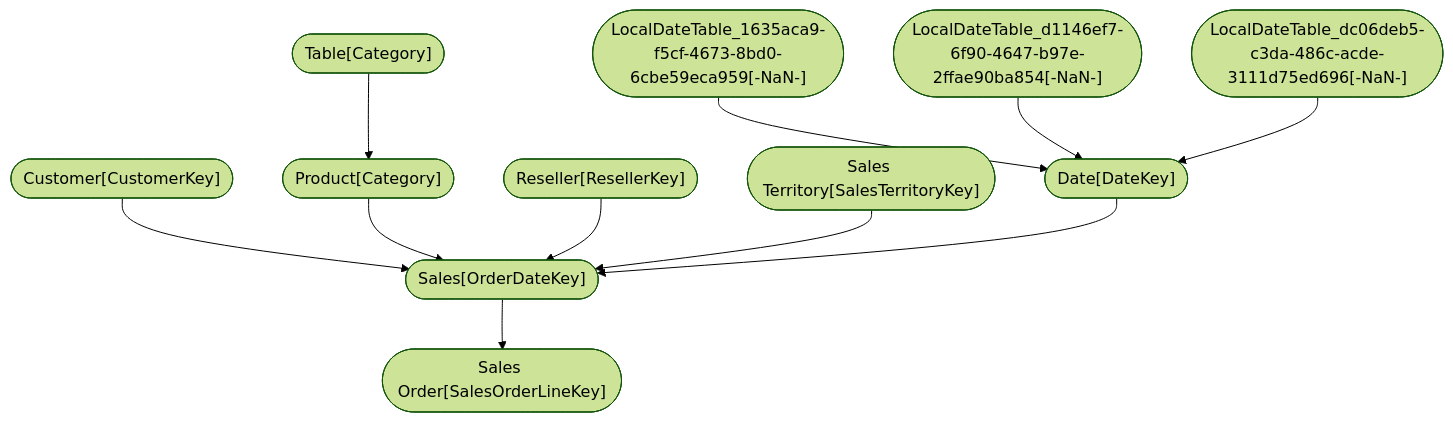
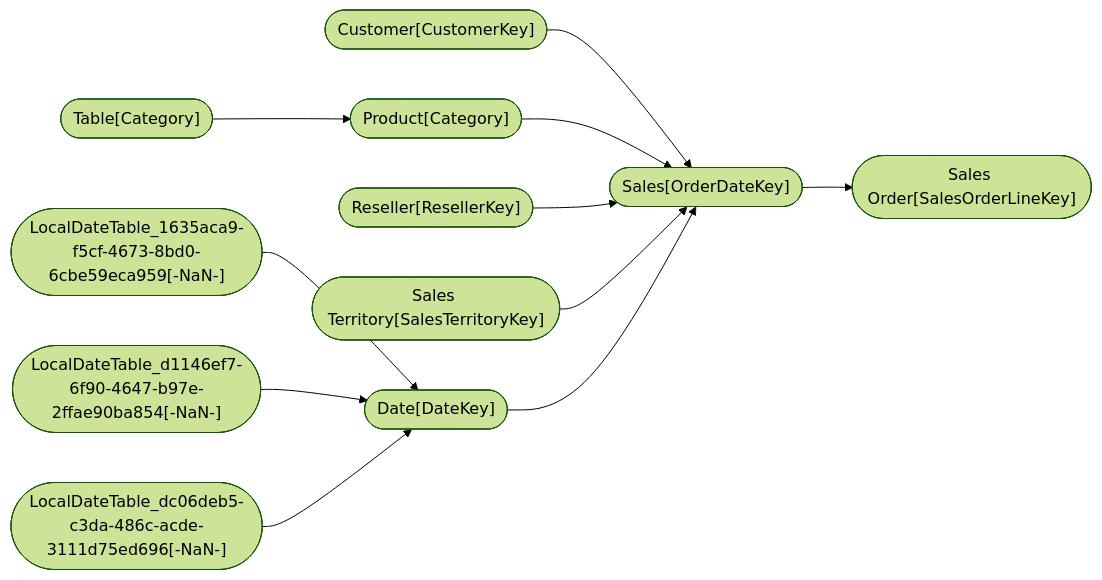
The diagram in tests/output/AdventureWorks_Sales.pbix.md (ZdenekMerka/pbix_doc), drawn with Mermaid (forest theme) before and after one commit. The commit also changed other lines of this file and 1 other file, not shown here.

````diff
--- a/tests/output/AdventureWorks_Sales.pbix.md
+++ b/tests/output/AdventureWorks_Sales.pbix.md
@@ -28,37 +28,37 @@
 ```mermaid
-graph TD;
+graph LR;
 id186(["LocalDateTable_1635aca9-f5cf-4673-8bd0-6cbe59eca959[-NaN-]"]) --> id183(["Date[Date]"])
 
 
 id189(["LocalDateTable_d1146ef7-6f90-4647-b97e-2ffae90ba854[-NaN-]"]) --> id183(["Date[Month]"])
 
 
 id192(["LocalDateTable_dc06deb5-c3da-486c-acde-3111d75ed696[-NaN-]"]) --> id183(["Date[Full Date]"])
 
 
 id12(["Customer[CustomerKey]"]) --> id805(["Sales[CustomerKey]"])
 
 
 id572(["Product[ProductKey]"]) --> id805(["Sales[ProductKey]"])
 
 
 id690(["Reseller[ResellerKey]"]) --> id805(["Sales[ResellerKey]"])
 
 
 id805(["Sales[SalesOrderLineKey]"]) --> id980(["Sales Order[SalesOrderLineKey]"])
 
 
 id1078(["Sales Territory[SalesTerritoryKey]"]) --> id805(["Sales[SalesTerritoryKey]"])
 
 
 id183(["Date[DateKey]"]) --> id805(["Sales[OrderDateKey]"])
 
 
 
 
 
 
 id3642(["Table[Category]"]) --> id572(["Product[Category]"])
 
 
 ```
````
